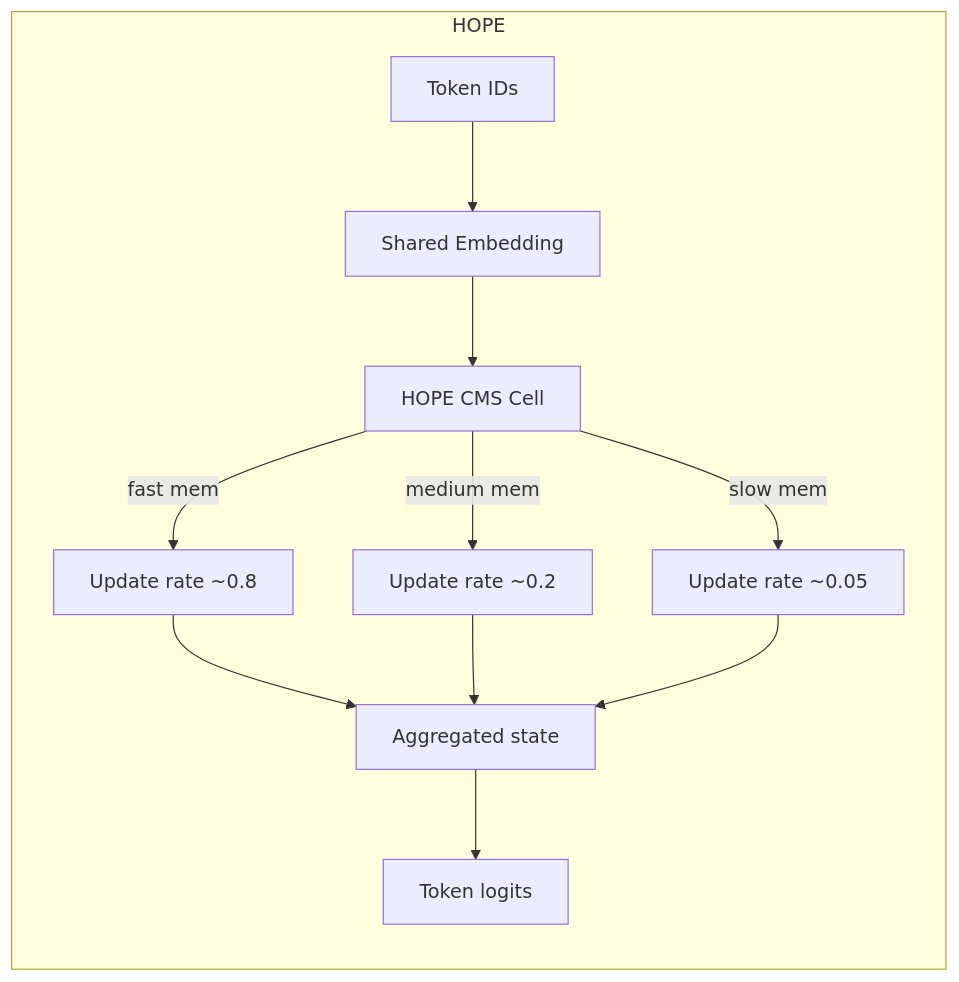
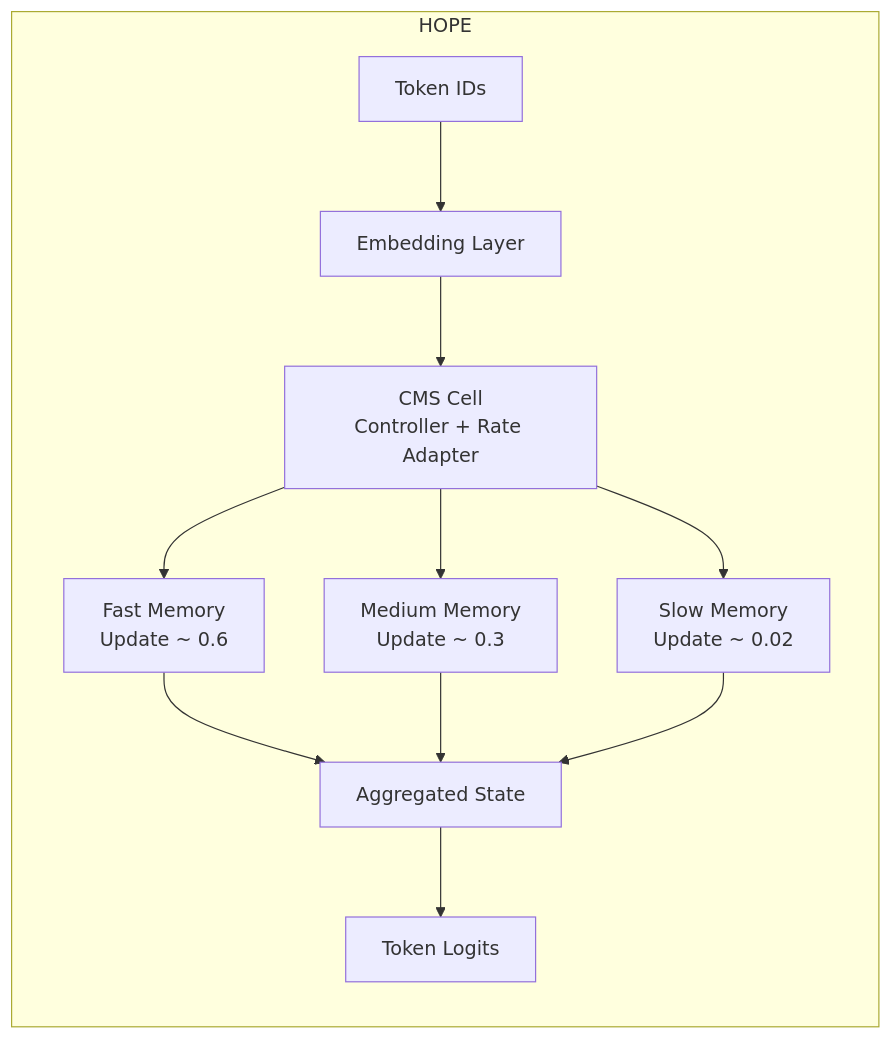
Before and after one commit to sumitdotgh/ai-examples: the second of 2 diagrams in docs/tiny-nested-learning.md, drawn with Mermaid. The commit also changed other lines of this file, not shown here.

````diff
--- a/docs/tiny-nested-learning.md
+++ b/docs/tiny-nested-learning.md
@@ -56,12 +83,14 @@
 ```mermaid
 flowchart LR
     subgraph HOPE
-        H0[Token IDs] --> HE[Shared Embedding]
-        HE --> HC[HOPE CMS Cell]
-        HC -->|fast mem| HF[Update rate ~0.8]
-        HC -->|medium mem| HM[Update rate ~0.2]
-        HC -->|slow mem| HS[Update rate ~0.05]
-        HF & HM & HS --> HA[Aggregated state]
-        HA --> HO[Token logits]
+        T0[Token IDs] --> EMB[Embedding Layer]
+        EMB --> CMS[CMS Cell<br/>Controller + Rate Adapter]
+
+        CMS --> F[Fast Memory<br/>Update ~ 0.6]
+        CMS --> M[Medium Memory<br/>Update ~ 0.3]
+        CMS --> S[Slow Memory<br/>Update ~ 0.02]
+
+        F & M & S --> AGG[Aggregated State]
+        AGG --> LOGITS[Token Logits]
     end
 ```
````
